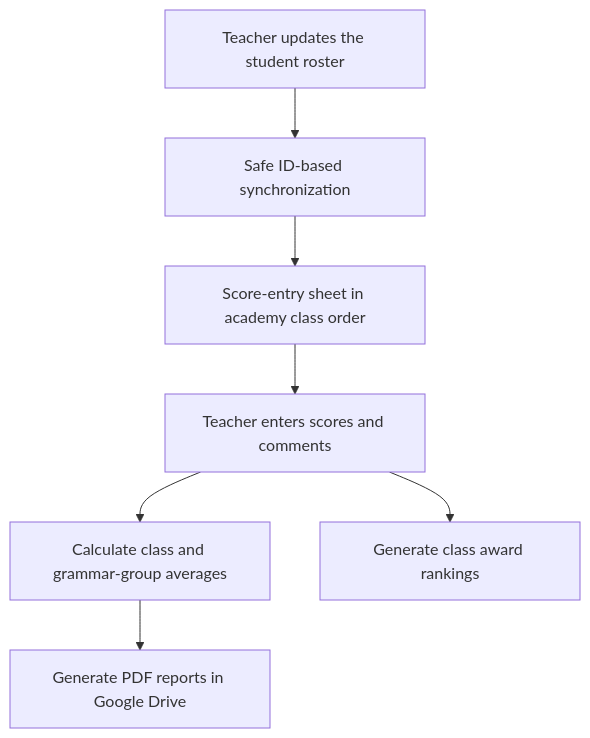
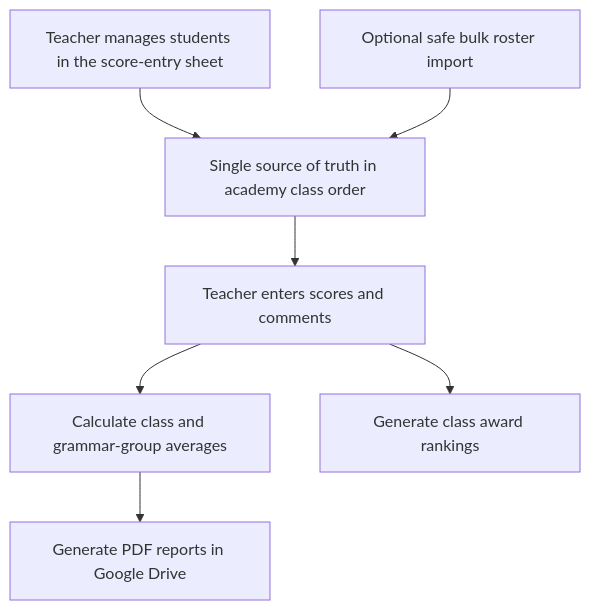
One commit to peter246412-tech/academy-report-card-automation changed the diagram in README.md. Above: the diagram before and after it, drawn with Mermaid. The commit also changed other lines of this file and 3 other files, not shown here.

Commit message:
Use score input as the single source of truth

````diff
--- a/README.md
+++ b/README.md
@@ -17,9 +17,9 @@
 ```mermaid
 flowchart TD
-    A[Teacher updates the student roster] --> B[Safe ID-based synchronization]
-    B --> C[Score-entry sheet in academy class order]
+    A[Teacher manages students in the score-entry sheet] --> C[Single source of truth in academy class order]
+    B[Optional safe bulk roster import] --> C
     C --> D[Teacher enters scores and comments]
     D --> E[Calculate class and grammar-group averages]
     E --> F[Generate PDF reports in Google Drive]
     D --> G[Generate class award rankings]
 ```
````
